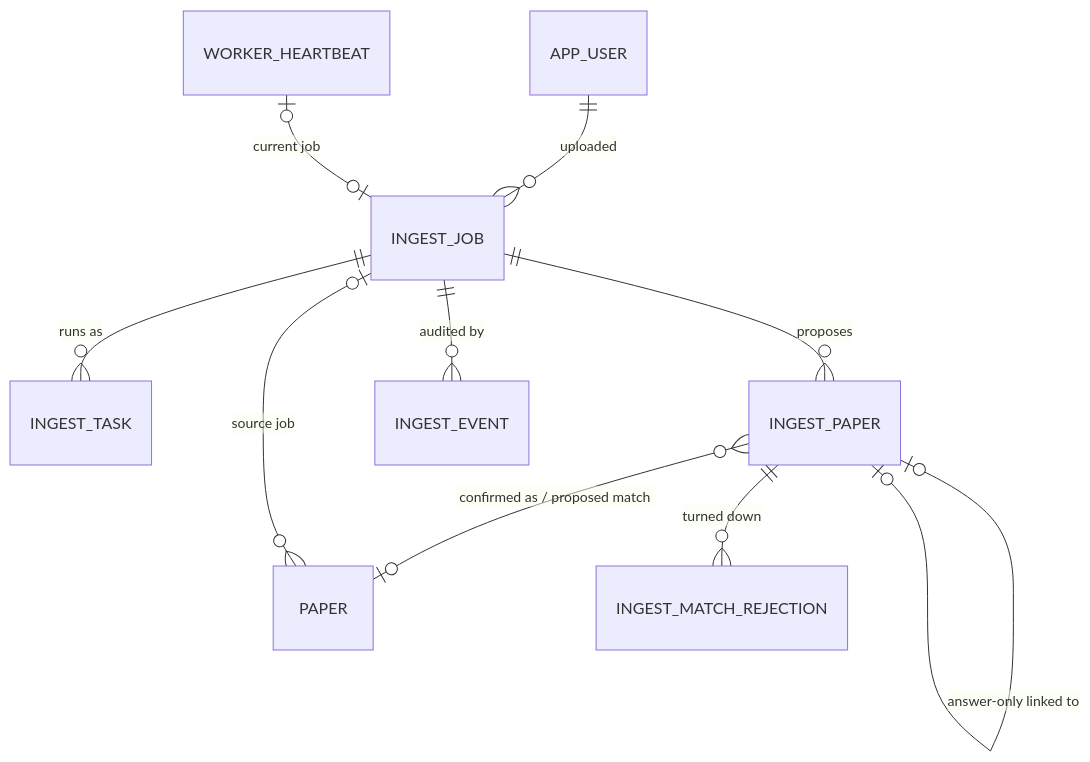
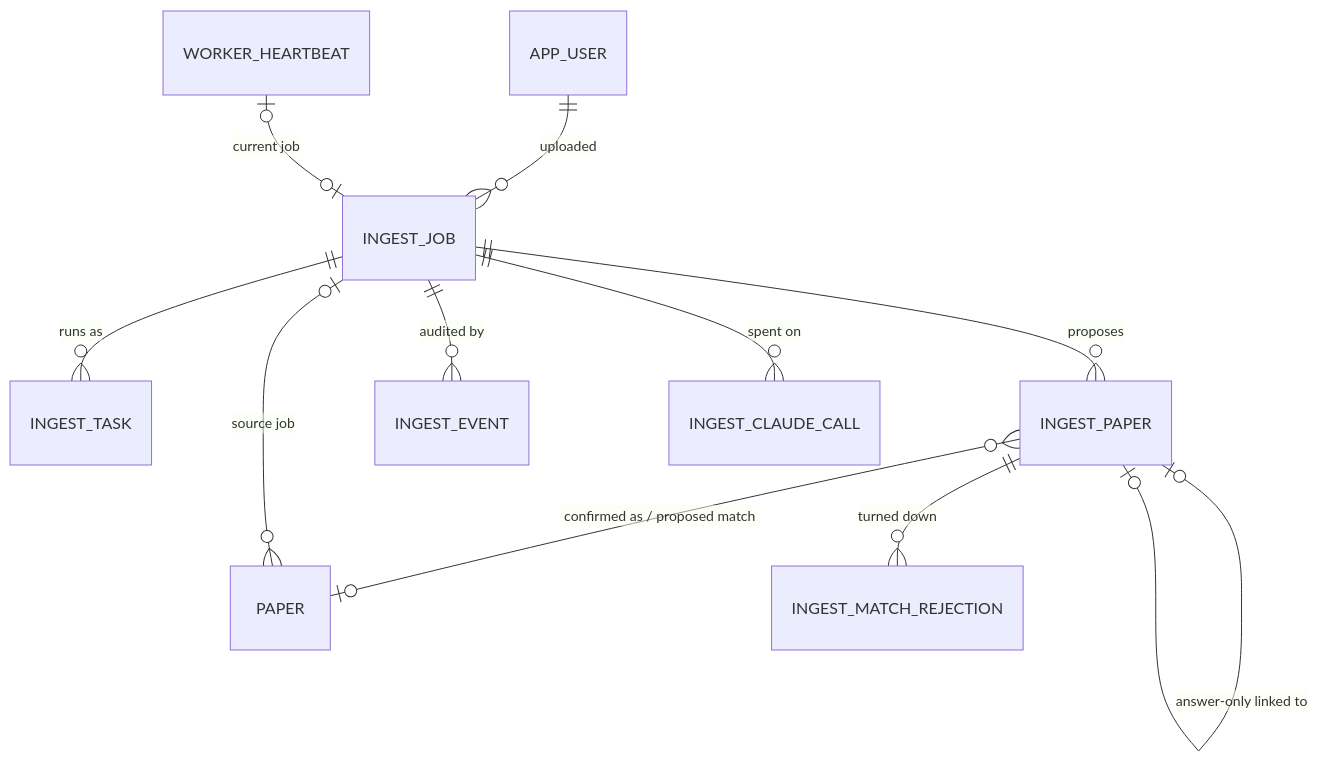
Before and after one commit to billyhoce/PilloraQuestionBank: the second of 2 diagrams in docs/DATA_MODEL.md, drawn with Mermaid. The commit also changed other lines of this file and 23 other files, not shown here.

````diff
--- a/docs/DATA_MODEL.md
+++ b/docs/DATA_MODEL.md
@@ -134,12 +134,13 @@
 ```mermaid
 erDiagram
     APP_USER ||--o{ INGEST_JOB : uploaded
     INGEST_JOB ||--o{ INGEST_TASK : "runs as"
     INGEST_JOB ||--o{ INGEST_PAPER : proposes
     INGEST_JOB ||--o{ INGEST_EVENT : "audited by"
+    INGEST_JOB ||--o{ INGEST_CLAUDE_CALL : "spent on"
     INGEST_PAPER |o--o| INGEST_PAPER : "answer-only linked to"
     INGEST_PAPER }o--o| PAPER : "confirmed as / proposed match"
     INGEST_PAPER ||--o{ INGEST_MATCH_REJECTION : "turned down"
     PAPER }o--o| INGEST_JOB : "source job"
     WORKER_HEARTBEAT |o--o| INGEST_JOB : "current job"
 ```
````
